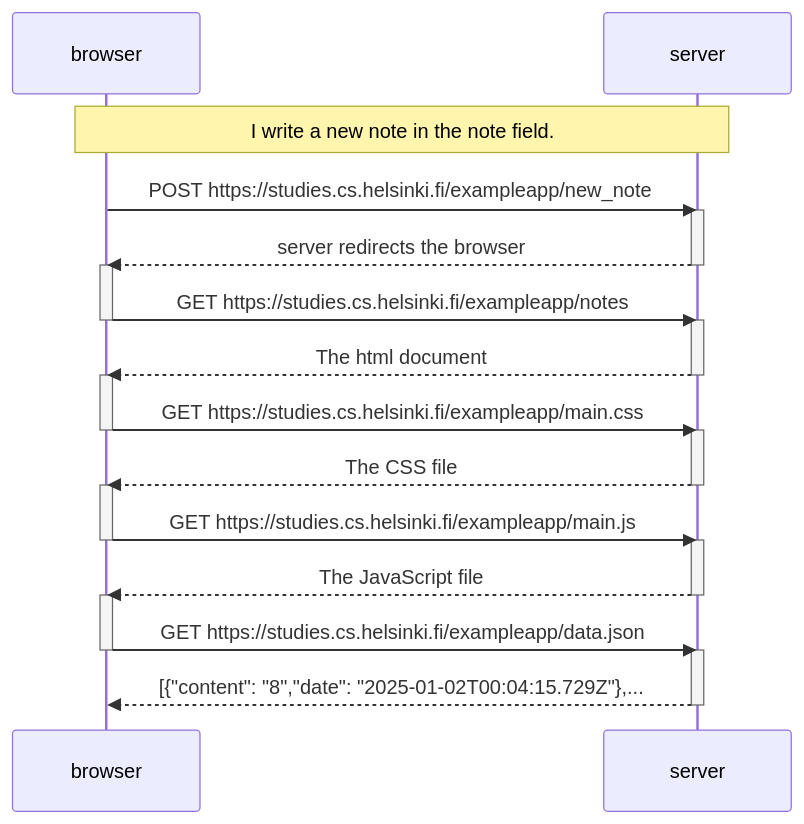
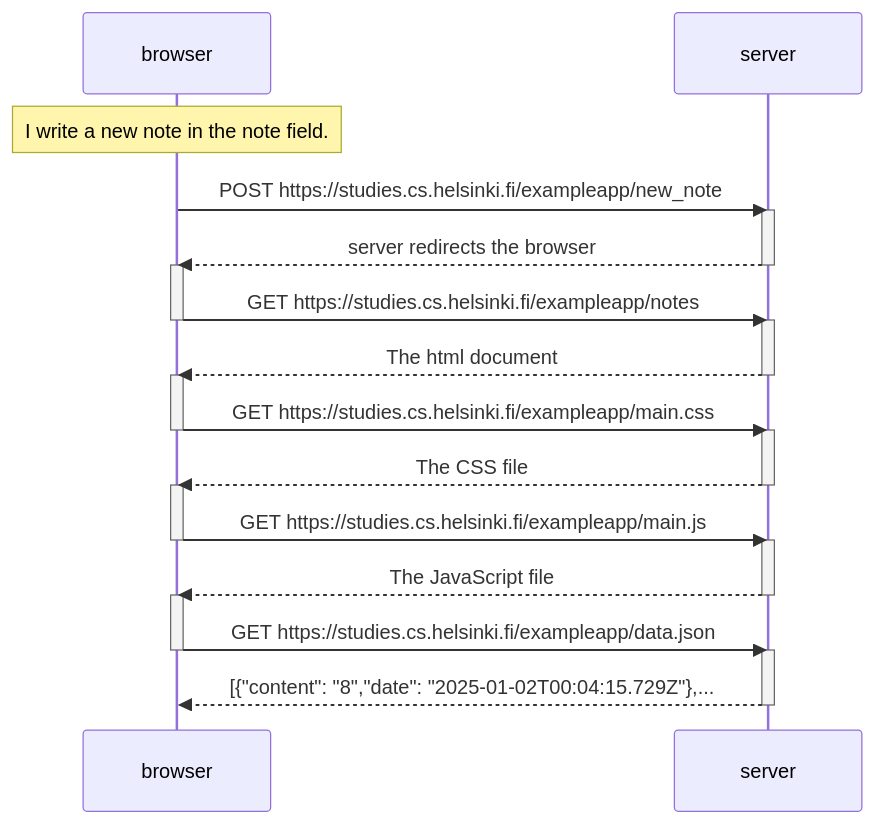
One commit to TegelVee/Fullstack_exerciserepo changed the diagram in osa0/sequencechart.md. Above: the diagram before and after it, drawn with Mermaid.

````diff
--- a/osa0/sequencechart.md
+++ b/osa0/sequencechart.md
@@ -3,39 +3,39 @@
 ```mermaid
 sequenceDiagram
   participant browser
   participant server
-  Note over browser,server: I write a new note in the note field.
+  Note over browser: I write a new note in the note field.
   browser->>server: POST https://studies.cs.helsinki.fi/exampleapp/new_note
   activate server
   server-->>browser: server redirects the browser
   deactivate server
   
   activate browser
   browser->>server: GET https://studies.cs.helsinki.fi/exampleapp/notes
   deactivate browser
   activate server
   server-->>browser: The html document
   deactivate server
 
   activate browser
   browser->>server: GET https://studies.cs.helsinki.fi/exampleapp/main.css
   deactivate browser
   activate server
   server-->>browser: The CSS file
   deactivate server
 
   activate browser
   browser->>server: GET https://studies.cs.helsinki.fi/exampleapp/main.js
   deactivate browser
   activate server
   server-->>browser: The JavaScript file
   deactivate server
 
   activate browser
   browser->>server: GET https://studies.cs.helsinki.fi/exampleapp/data.json
   deactivate browser
   activate server
   server-->>browser: [{"content": "8","date": "2025-01-02T00:04:15.729Z"},...
   deactivate server
 
 ```
````
